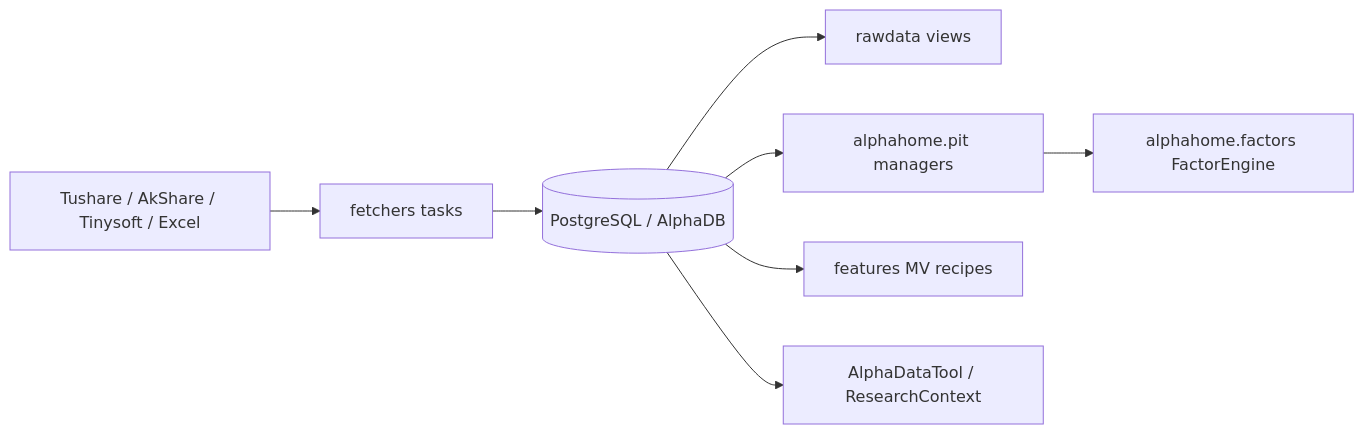
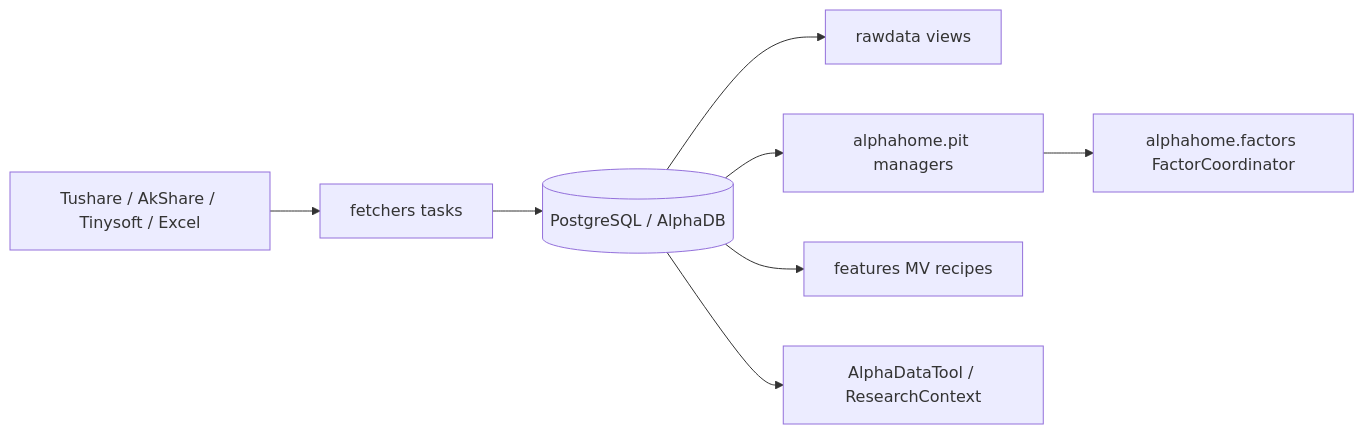
One commit to Fredy518/alphaHome changed the diagram in docs/architecture/system_overview.md. Above: the diagram before and after it, drawn with Mermaid. The commit also changed other lines of this file and 6 other files, not shown here.

````diff
--- a/docs/architecture/system_overview.md
+++ b/docs/architecture/system_overview.md
@@ -47,10 +52,10 @@
 ```mermaid
 flowchart LR
     Sources[Tushare / AkShare / Tinysoft / Excel] --> Fetchers[fetchers tasks]
     Fetchers --> AlphaDB[(PostgreSQL / AlphaDB)]
     AlphaDB --> Rawdata[rawdata views]
     AlphaDB --> PIT[alphahome.pit managers]
-    PIT --> FactorPG[alphahome.factors FactorEngine]
+    PIT --> FactorPG[alphahome.factors FactorCoordinator]
     AlphaDB --> Features[features MV recipes]
     AlphaDB --> Providers[AlphaDataTool / ResearchContext]
 ```
````
